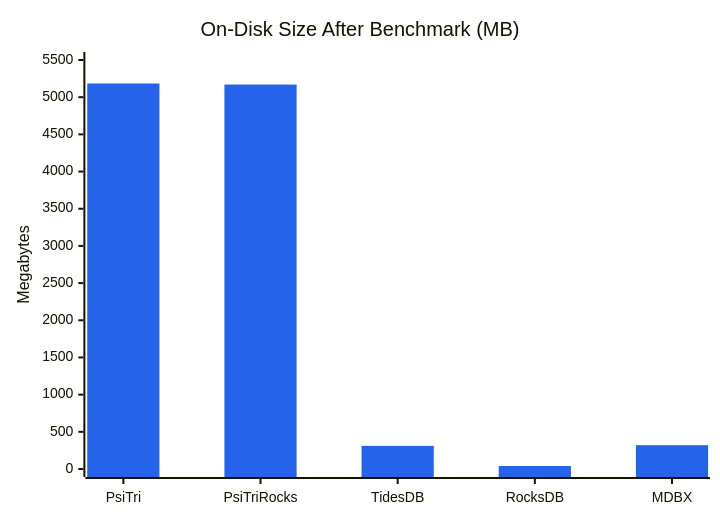
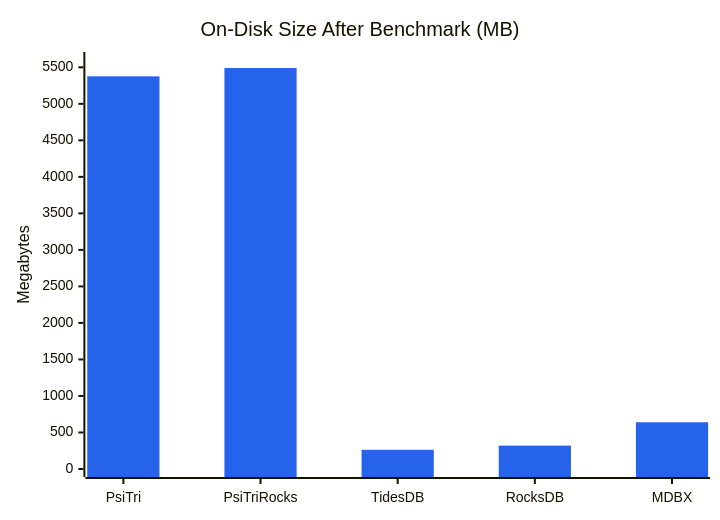
Before and after one commit to gofractally/arbtrie: the fifth of 5 diagrams in programs/BANK_BENCHMARK.md, drawn with Mermaid. The commit also changed other lines of this file and 2 other files, not shown here.

````diff
--- a/programs/BANK_BENCHMARK.md
+++ b/programs/BANK_BENCHMARK.md
@@ -184,8 +191,8 @@
 ```mermaid
 %%{init: {'theme': 'base', 'themeVariables': {'xyChart': {'plotColorPalette': '#2563EB'}}}}%%
 xychart-beta
     title "On-Disk Size After Benchmark (MB)"
     x-axis ["PsiTri", "PsiTriRocks", "TidesDB", "RocksDB", "MDBX"]
-    y-axis "Megabytes" 0 --> 5500
-    bar [5184, 5170, 311, 40, 320]
+    y-axis "Megabytes" 0 --> 5600
+    bar [5376, 5490, 263, 320, 640]
 ```
````
